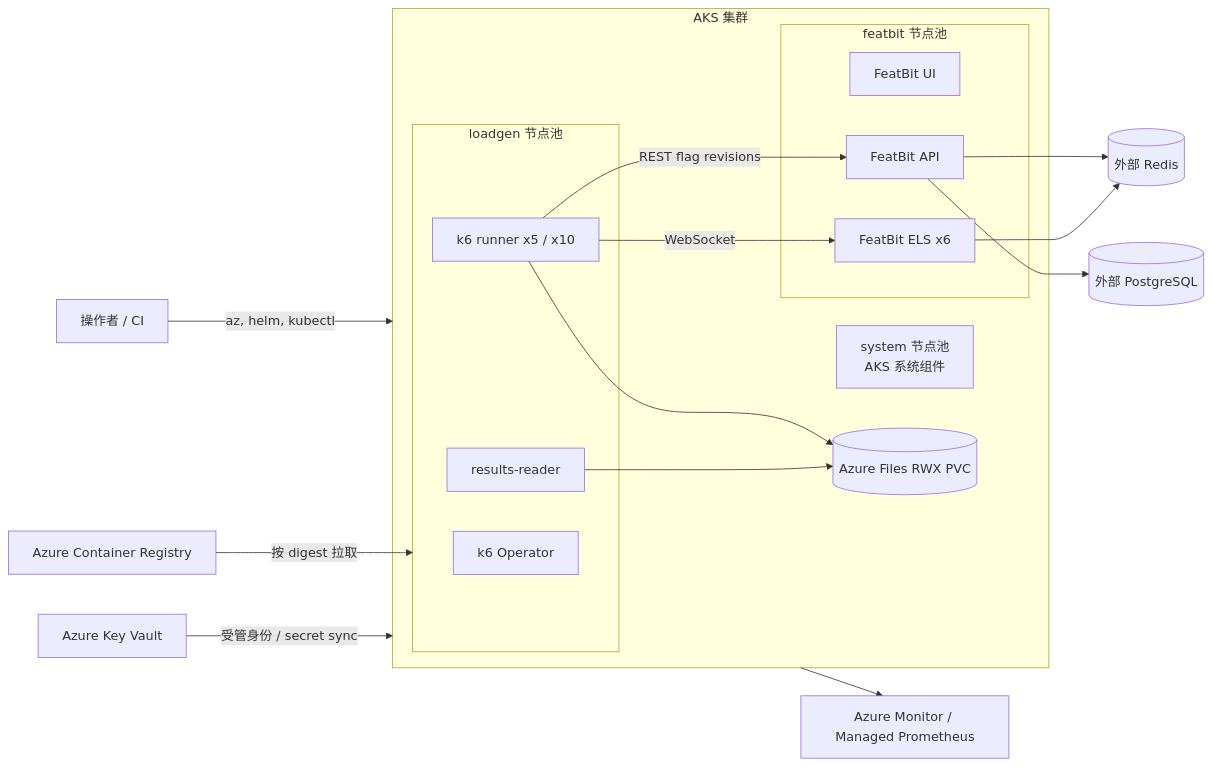
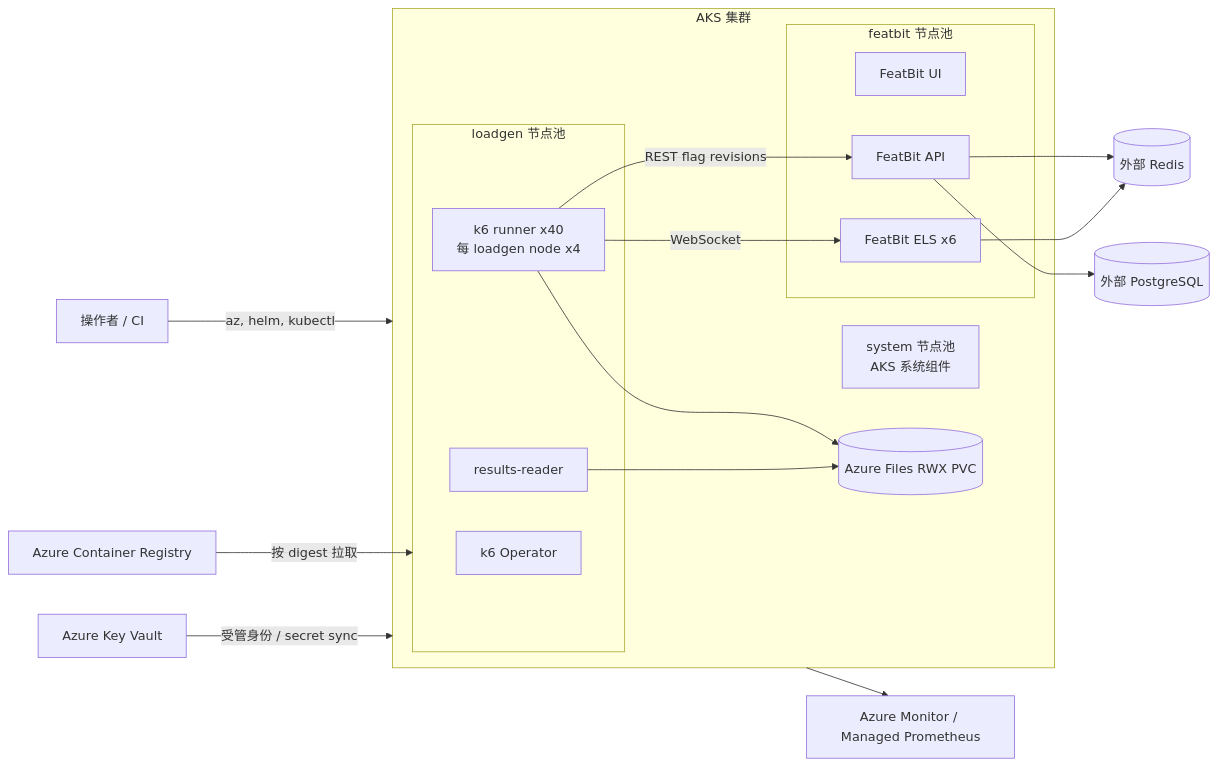
Before and after one commit to featbit/featbit-load-testing: the diagram in k8s-infra/README-AKS.md, drawn with Mermaid. The commit also changed other lines of this file and 8 other files, not shown here.

````diff
--- a/k8s-infra/README-AKS.md
+++ b/k8s-infra/README-AKS.md
@@ -74,30 +75,30 @@
 ```mermaid
 flowchart LR
     Operator[操作者 / CI] -->|az, helm, kubectl| AKS
     ACR[Azure Container Registry] -->|按 digest 拉取| Loadgen
     KV[Azure Key Vault] -->|受管身份 / secret sync| AKS
 
     subgraph AKS[AKS 集群]
         System[system 节点池<br/>AKS 系统组件]
         subgraph Target[featbit 节点池]
             UI[FeatBit UI]
             API[FeatBit API]
             ELS[FeatBit ELS x6]
         end
         subgraph Loadgen[loadgen 节点池]
             K6O[k6 Operator]
-            Runner[k6 runner x5 / x10]
+            Runner[k6 runner x40<br/>每 loadgen node x4]
             Results[results-reader]
         end
         Files[(Azure Files RWX PVC)]
     end
 
     Runner -->|WebSocket| ELS
     Runner -->|REST flag revisions| API
     Runner --> Files
     Results --> Files
     API --> PG[(外部 PostgreSQL)]
     API --> Redis[(外部 Redis)]
     ELS --> Redis
     AKS --> Monitor[Azure Monitor / Managed Prometheus]
 ```
````
